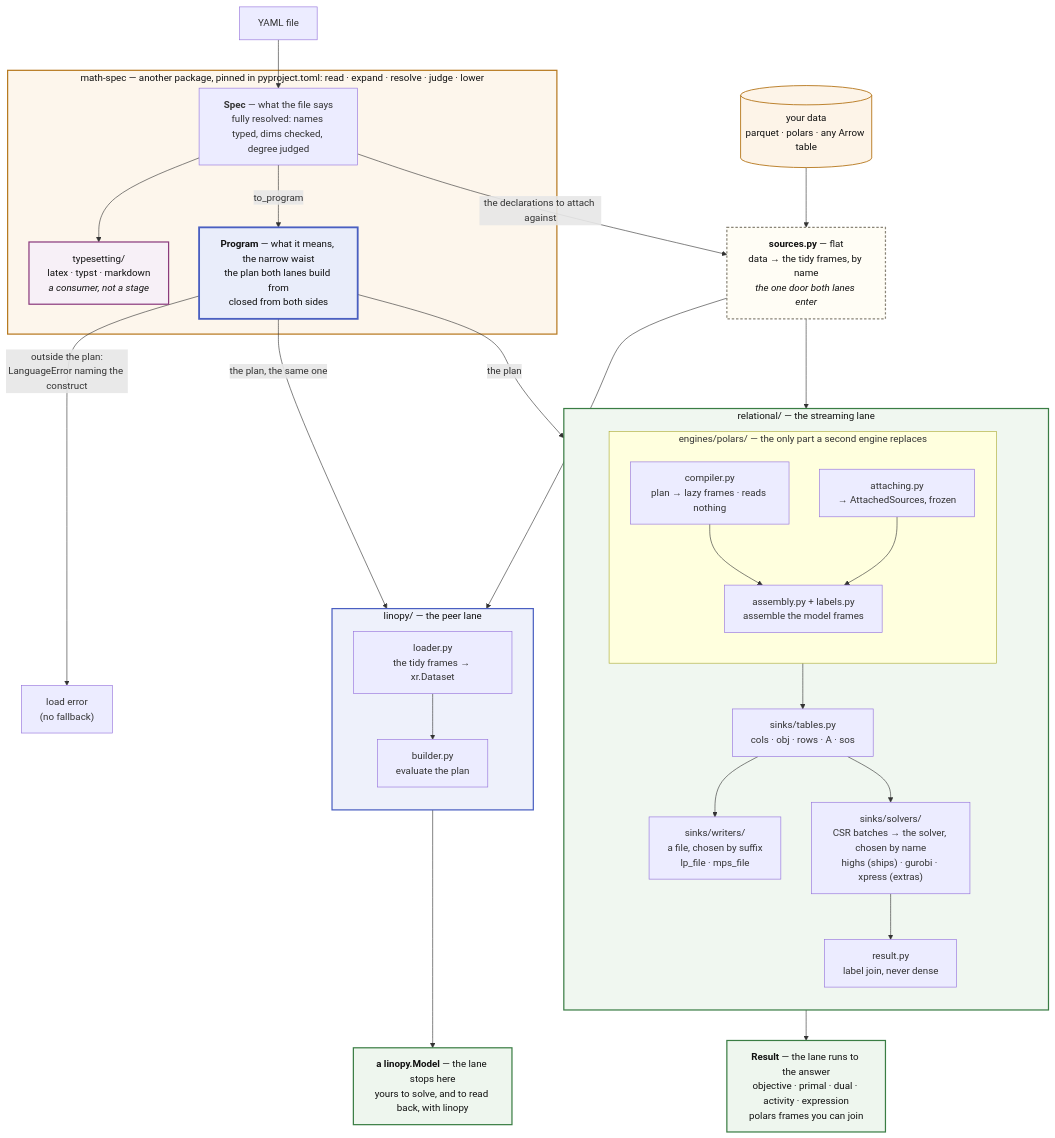
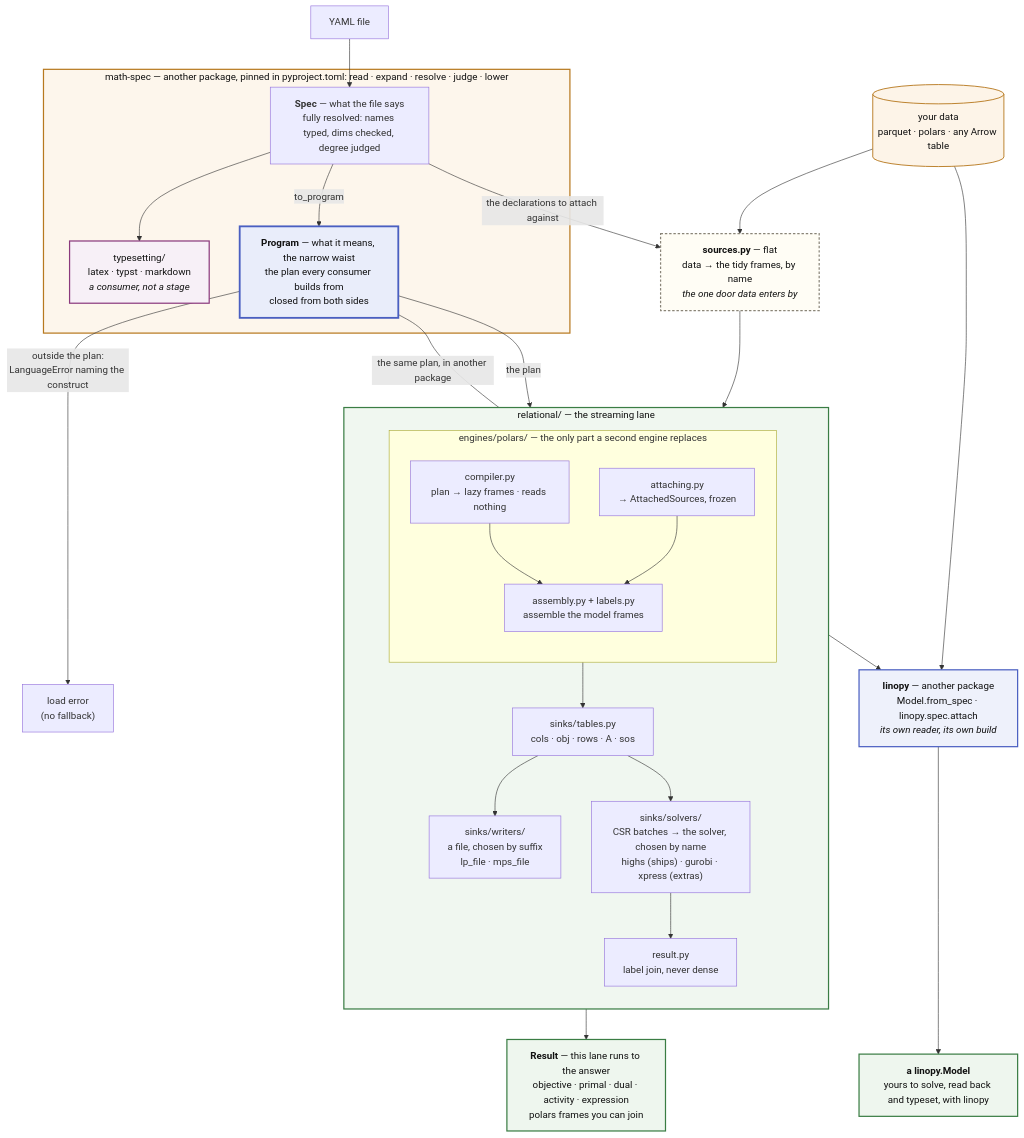
The first of 2 diagrams in docs/about/architecture.md (fluxopt/lpspec), drawn with Mermaid before and after one commit. The commit also changed other lines of this file and 92 other files, not shown here.

First line of the commit message:
refactor(api): a linopy model is built by linopy rather than by this package

````diff
--- a/docs/about/architecture.md
+++ b/docs/about/architecture.md
@@ -73,59 +77,55 @@
 ```mermaid
 flowchart TB
     Y[YAML file] --> SPEC
     DATA[("your data<br/>parquet · polars · any Arrow table")] --> SRC
 
     subgraph MS["math-spec — another package, pinned in pyproject.toml: read · expand · resolve · judge · lower"]
         SPEC["<b>Spec</b> — what the file says<br/>fully resolved: names typed, dims checked, degree judged"]
         SPEC --> TS["typesetting/<br/>latex · typst · markdown<br/><i>a consumer, not a stage</i>"]
-        SPEC -->|"to_program"| PLAN["<b>Program</b> — what it means, the narrow waist<br/>the plan both lanes build from<br/>closed from both sides"]
+        SPEC -->|"to_program"| PLAN["<b>Program</b> — what it means, the narrow waist<br/>the plan every consumer builds from<br/>closed from both sides"]
     end
 
     SPEC -->|"the declarations to attach against"| SRC
-    SRC["<b>sources.py</b> — flat<br/>data → the tidy frames, by name<br/><i>the one door both lanes enter</i>"]
+    SRC["<b>sources.py</b> — flat<br/>data → the tidy frames, by name<br/><i>the one door data enters by</i>"]
 
     PLAN -->|"outside the plan:<br/>LanguageError naming the construct"| ERR["load error<br/>(no fallback)"]
     PLAN -->|"the plan"| COMP
     SRC --> ATTACH
-    PLAN -->|"the plan, the same one"| BUILD
-    SRC --> LOAD
+    PLAN -->|"the same plan, in another package"| LIN
 
     subgraph REL["relational/ — the streaming lane"]
         direction TB
         subgraph ENG["engines/polars/ — the only part a second engine replaces"]
             direction TB
             COMP["compiler.py<br/>plan → lazy frames · reads nothing"] --> ENGINE
             ATTACH["attaching.py<br/>→ AttachedSources, frozen"] --> ENGINE["assembly.py + labels.py<br/>assemble the model frames"]
         end
         ENG --> TABLES["sinks/tables.py<br/>cols · obj · rows · A · sos"]
         TABLES --> LPS["sinks/writers/<br/>a file, chosen by suffix<br/>lp_file · mps_file"]
         TABLES --> DIRECT["sinks/solvers/<br/>CSR batches → the solver, chosen by name<br/>highs (ships) · gurobi · xpress (extras)"]
         DIRECT --> SOL["result.py<br/>label join, never dense"]
     end
 
-    SOL --> ANS["<b>Result</b> — the lane runs to the answer<br/>objective · primal · dual · activity · expression<br/>polars frames you can join"]
+    SOL --> ANS["<b>Result</b> — this lane runs to the answer<br/>objective · primal · dual · activity · expression<br/>polars frames you can join"]
 
-    subgraph LIN["linopy/ — the peer lane"]
-        direction TB
-        LOAD["loader.py<br/>the tidy frames → xr.Dataset"] --> BUILD["builder.py<br/>evaluate the plan"]
-    end
-
-    BUILD --> MODEL["<b>a linopy.Model</b> — the lane stops here<br/>yours to solve, and to read back, with linopy"]
+    LIN["<b>linopy</b> — another package<br/>Model.from_spec · linopy.spec.attach<br/><i>its own reader, its own build</i>"]
+    DATA --> LIN
+    LIN --> MODEL["<b>a linopy.Model</b><br/>yours to solve, read back and typeset, with linopy"]
 
     classDef laneL fill:#fdf6ec,stroke:#b7791f,stroke-width:2px,color:#111
     classDef laneR fill:#f0f7f0,stroke:#3a7d44,stroke-width:2px,color:#111
     classDef laneE fill:#eef1fb,stroke:#4a5fc1,stroke-width:2px,color:#111
     classDef laneT fill:#f7f0f7,stroke:#8b3a7d,stroke-width:2px,color:#111
     classDef waist fill:#e9edfa,stroke:#4a5fc1,stroke-width:3px,color:#111
     classDef flat fill:#fffdf5,stroke:#8a8578,stroke-width:2px,stroke-dasharray:4 3,color:#111
     classDef data fill:#fdf4e8,stroke:#b7791f,stroke-width:1.5px,color:#111
     classDef out fill:#eef6ee,stroke:#3a7d44,stroke-width:2px,color:#111
     class MS laneL
     class REL laneR
     class LIN laneE
     class TS laneT
     class PLAN waist
     class SRC flat
     class DATA data
     class ANS,MODEL out
 ```
````
